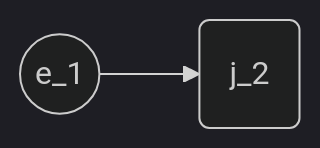
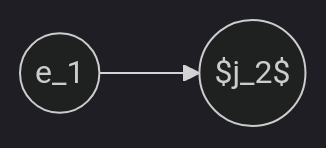
One commit to lwcarani/matching-algorithms changed the diagram in README.md. Above: the diagram before and after it, drawn with Mermaid (dark theme).

Commit message:
testing mermaid

````diff
--- a/README.md
+++ b/README.md
@@ -72,4 +72,4 @@
 ```mermaid
 flowchart LR
-    id1((e_1))-->id2(j_2)
+    id1((e_1))-->id2(($j_2$))
 ```
````
